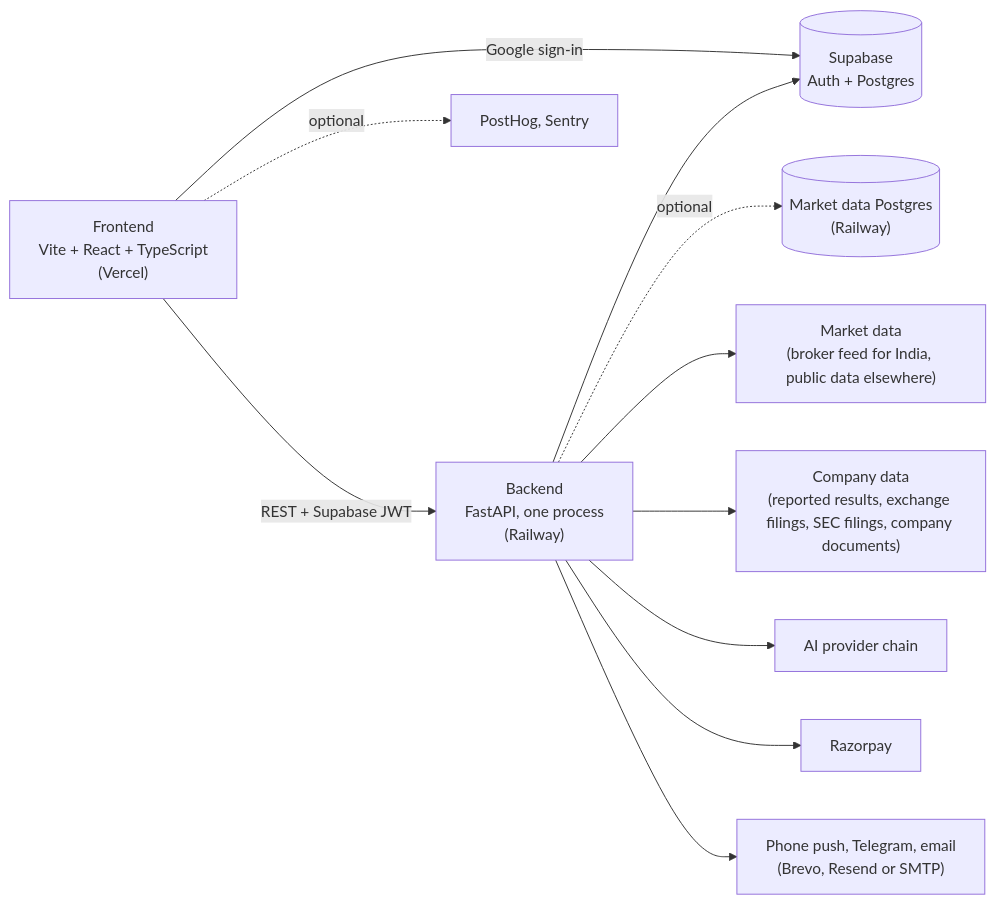
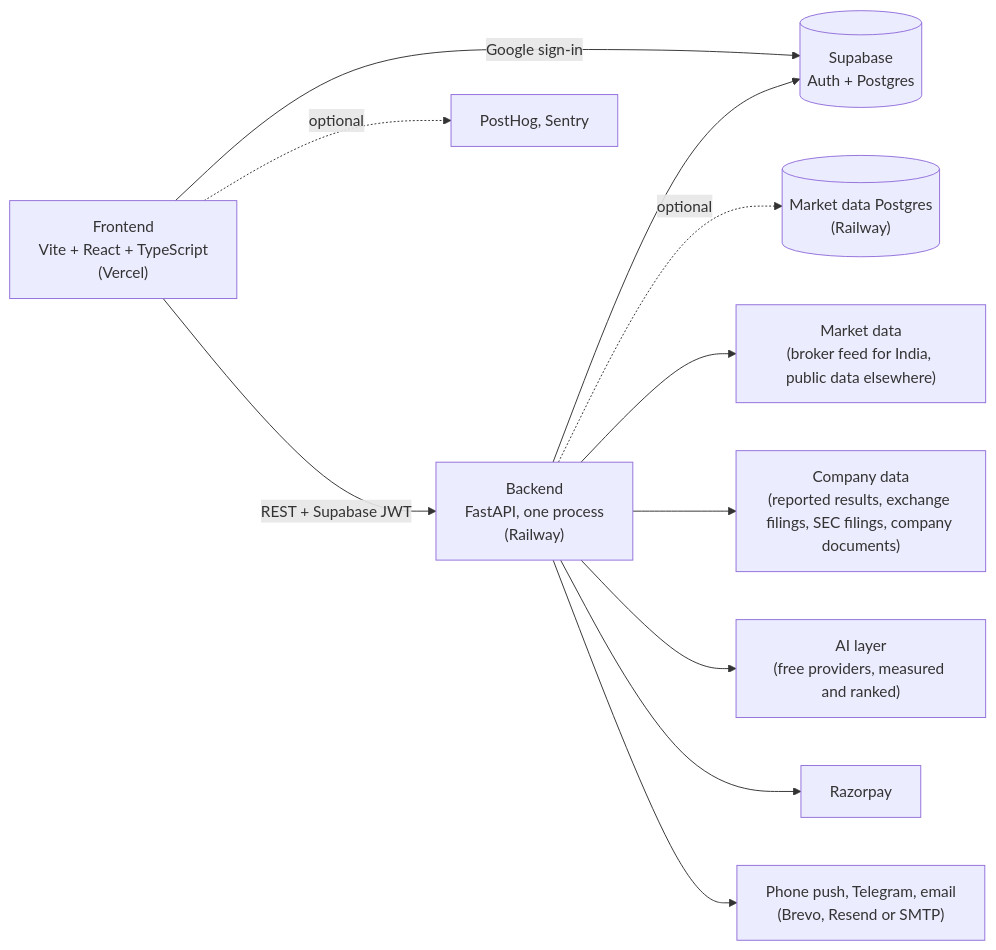
One commit to prakul1982/stratlab changed the diagram in README.md. Above: the diagram before and after it, drawn with Mermaid. The commit also changed other lines of this file and 31 other files, not shown here.

````diff
--- a/README.md
+++ b/README.md
@@ -156,13 +177,13 @@
 ```mermaid
 flowchart LR
     UI["Frontend<br/>Vite + React + TypeScript<br/>(Vercel)"] -- "REST + Supabase JWT" --> API["Backend<br/>FastAPI, one process<br/>(Railway)"]
     UI -- "Google sign-in" --> SB[("Supabase<br/>Auth + Postgres")]
     API --> SB
     API -. "optional" .-> MDB[("Market data Postgres<br/>(Railway)")]
     API --> MD["Market data<br/>(broker feed for India, public data elsewhere)"]
     API --> CO["Company data<br/>(reported results, exchange filings, SEC filings, company documents)"]
-    API --> AI["AI provider chain"]
+    API --> AI["AI layer<br/>(free providers, measured and ranked)"]
     API --> PAY["Razorpay"]
     API --> OUT["Phone push, Telegram, email<br/>(Brevo, Resend or SMTP)"]
     UI -. "optional" .-> PH["PostHog, Sentry"]
 ```
````
